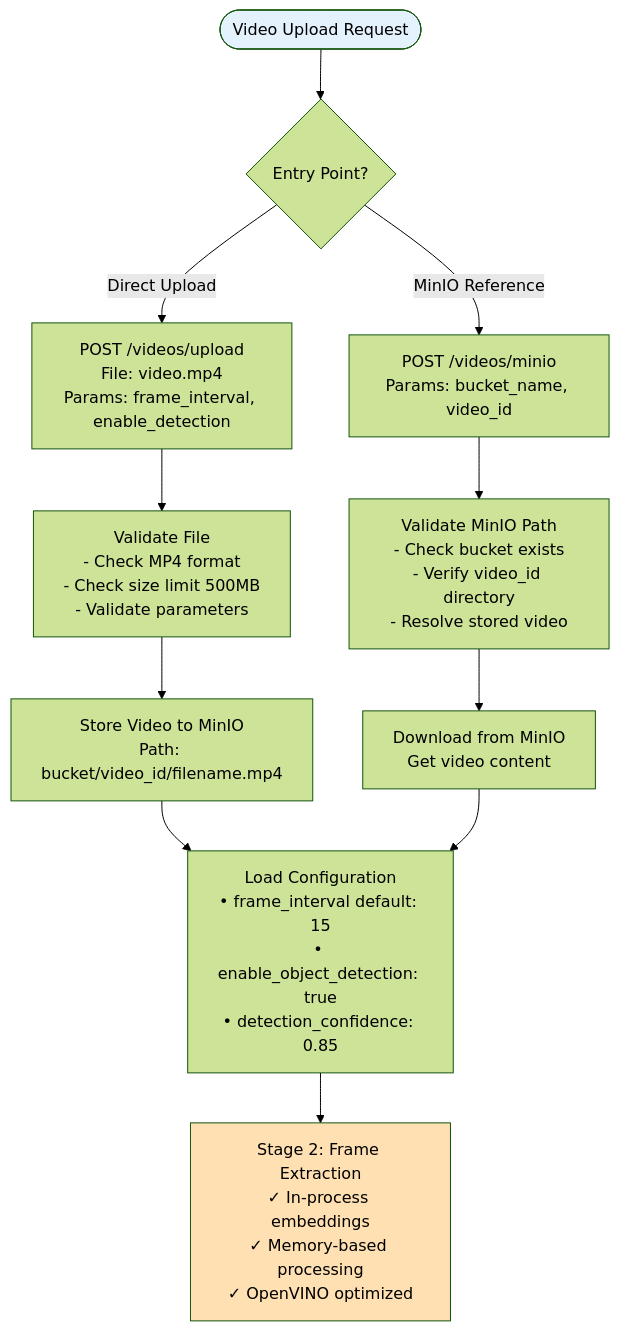
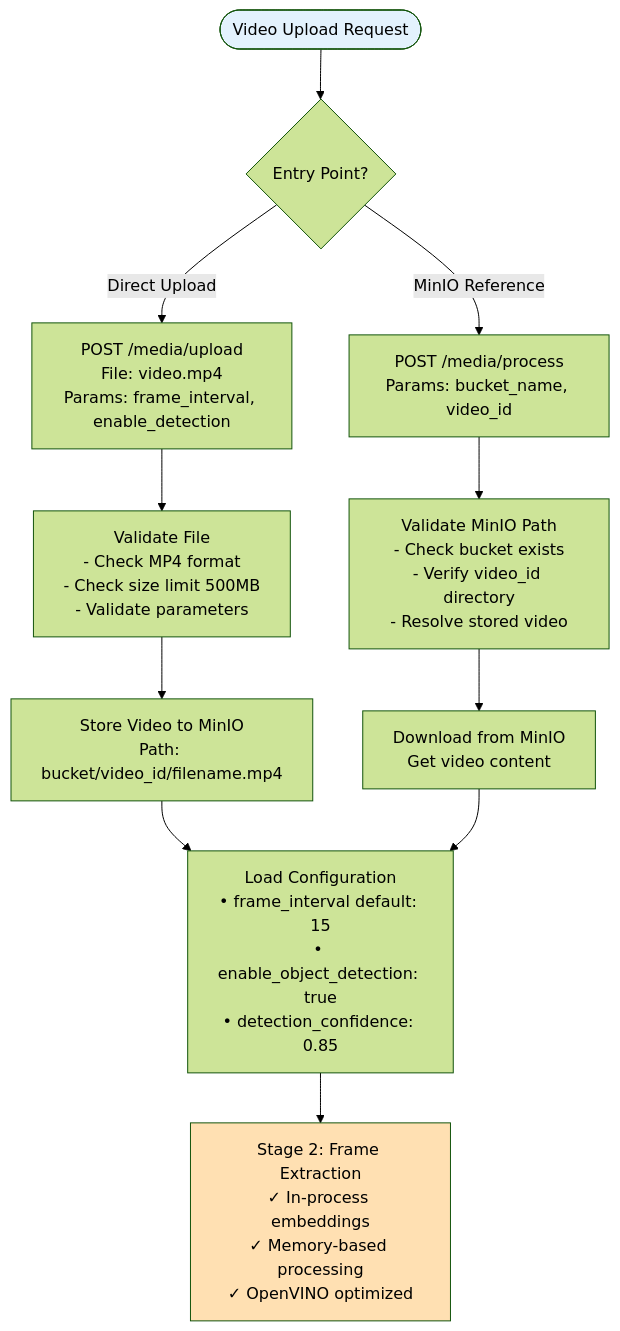
The second of 9 diagrams in microservices/visual-data-preparation-for-retrieval/multimodal-dataprep/docs/user-guide/video-ingestion-flow.md (open-edge-platform/edge-ai-libraries), drawn with Mermaid (forest theme) before and after one commit. The commit also changed other lines of this file and 41 other files, not shown here.

First line of the commit message:
Refactor media processing endpoints to support both video and image uploads

````diff
--- a/microservices/visual-data-preparation-for-retrieval/multimodal-dataprep/docs/user-guide/video-ingestion-flow.md
+++ b/microservices/visual-data-preparation-for-retrieval/multimodal-dataprep/docs/user-guide/video-ingestion-flow.md
@@ -53,21 +53,21 @@
 ```mermaid
 flowchart TD
     START([Video Upload Request]) --> ENTRY{Entry Point?}
 
-    ENTRY -->|Direct Upload| UPLOAD[POST /videos/upload<br/>File: video.mp4<br/>Params: frame_interval, enable_detection]
-    ENTRY -->|MinIO Reference| MINIO[POST /videos/minio<br/>Params: bucket_name, video_id]
+    ENTRY -->|Direct Upload| UPLOAD[POST /media/upload<br/>File: video.mp4<br/>Params: frame_interval, enable_detection]
+    ENTRY -->|MinIO Reference| MINIO[POST /media/process<br/>Params: bucket_name, video_id]
 
     UPLOAD --> VALIDATE1[Validate File<br/>- Check MP4 format<br/>- Check size limit 500MB<br/>- Validate parameters]
     MINIO --> VALIDATE2[Validate MinIO Path<br/>- Check bucket exists<br/>- Verify video_id directory<br/>- Resolve stored video]
 
     VALIDATE1 --> STORE[Store Video to MinIO<br/>Path: bucket/video_id/filename.mp4]
     VALIDATE2 --> DOWNLOAD[Download from MinIO<br/>Get video content]
 
     STORE --> CONFIG[Load Configuration<br/>• frame_interval default: 15<br/>• enable_object_detection: true<br/>• detection_confidence: 0.85]
     DOWNLOAD --> CONFIG
 
     CONFIG --> FRAME_EXTRACT[Stage 2: Frame Extraction<br/>✓ In-process embeddings<br/>✓ Memory-based processing<br/>✓ OpenVINO optimized]
 
     style START fill:#e3f2fd
     style FRAME_EXTRACT fill:#ffe0b2
 ```
````
